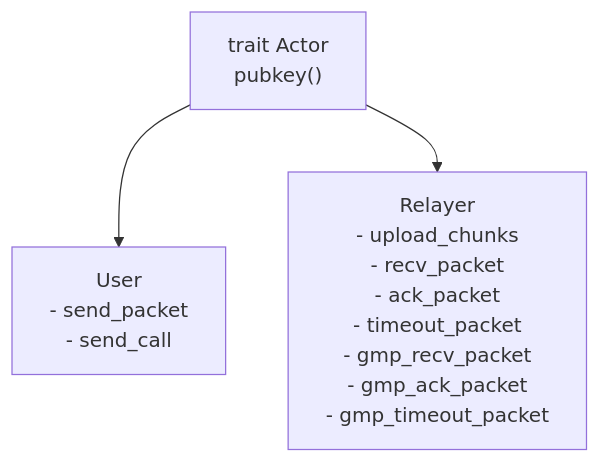
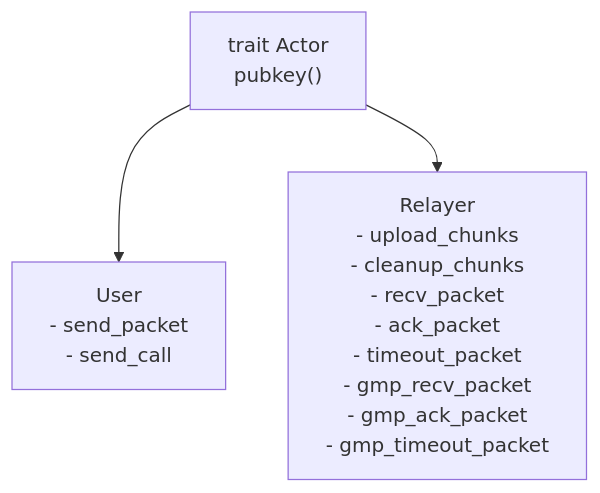
Before and after one commit to cosmos/solidity-ibc-eureka: the third of 7 diagrams in programs/solana/integration-tests/README.md, drawn with Mermaid. The commit also changed other lines of this file and 25 other files, not shown here.

````diff
--- a/programs/solana/integration-tests/README.md
+++ b/programs/solana/integration-tests/README.md
@@ -101,9 +101,9 @@
 ```mermaid
 graph TB
     Actor["trait Actor\npubkey()"]
     User["User\n- send_packet\n- send_call"]
-    Relayer["Relayer\n- upload_chunks\n- recv_packet\n- ack_packet\n- timeout_packet\n- gmp_recv_packet\n- gmp_ack_packet\n- gmp_timeout_packet"]
+    Relayer["Relayer\n- upload_chunks\n- cleanup_chunks\n- recv_packet\n- ack_packet\n- timeout_packet\n- gmp_recv_packet\n- gmp_ack_packet\n- gmp_timeout_packet"]
 
     Actor --> User
     Actor --> Relayer
 ```
````
